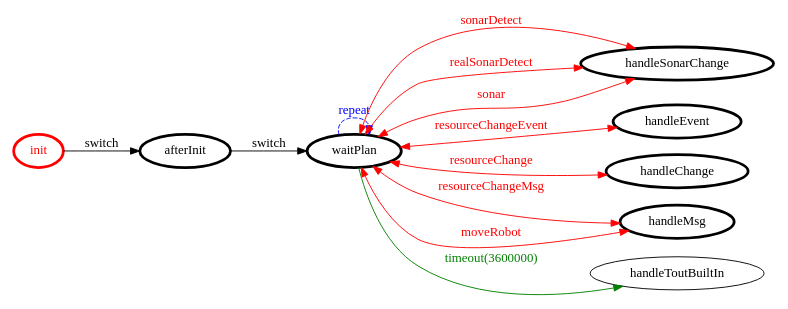
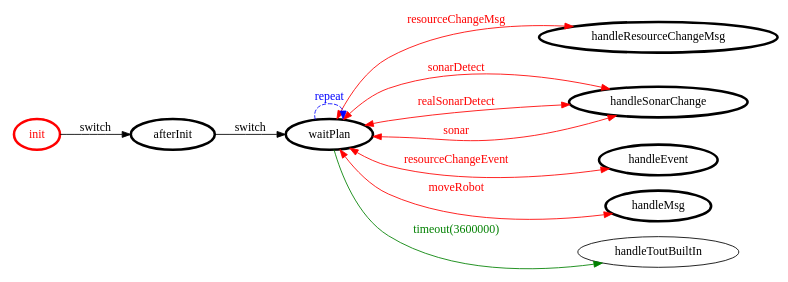
One commit to AlessandroStaffolani/robot-cleaner changed the diagram in it.unibo.project/srcMore/it/unibo/mindrobot/mindrobot.gv. Above: the diagram before and after it, drawn with Graphviz. The commit also changed 7 other files, not shown here.

```diff
--- a/it.unibo.project/srcMore/it/unibo/mindrobot/mindrobot.gv
+++ b/it.unibo.project/srcMore/it/unibo/mindrobot/mindrobot.gv
@@ -1,31 +1,30 @@
 /*
 *
 * A GraphViz DOT FSM description 
 * Please use a GraphViz visualizer (like http://www.webgraphviz.com)
 *  
 */
 
 digraph finite_state_machine {
 	rankdir=LR
 	size="8,5"
 	
 	init [ color = red ][ fontcolor = red ][ penwidth = 3 ]
+	handleResourceChangeMsg [ color = black ][ fontcolor = black ][ penwidth = 3 ]
 	waitPlan [ color = black ][ fontcolor = black ][ penwidth = 3 ]
 	handleSonarChange [ color = black ][ fontcolor = black ][ penwidth = 3 ]
 	handleEvent [ color = black ][ fontcolor = black ][ penwidth = 3 ]
-	handleChange [ color = black ][ fontcolor = black ][ penwidth = 3 ]
 	afterInit [ color = black ][ fontcolor = black ][ penwidth = 3 ]
 	handleMsg [ color = black ][ fontcolor = black ][ penwidth = 3 ]
 	
+	waitPlan -> handleResourceChangeMsg [ label = "resourceChangeMsg" ][ color = red ][ fontcolor = red ][ dir = both ]
 	waitPlan -> handleSonarChange [ label = "sonarDetect" ][ color = red ][ fontcolor = red ][ dir = both ]
-	waitPlan -> handleMsg [ label = "resourceChangeMsg" ][ color = red ][ fontcolor = red ][ dir = both ]
 	init -> afterInit [ label = "switch" ][ color = black ][ fontcolor = black ]
 	waitPlan -> handleSonarChange [ label = "realSonarDetect" ][ color = red ][ fontcolor = red ][ dir = both ]
 	afterInit -> waitPlan [ label = "switch" ][ color = black ][ fontcolor = black ]
 	waitPlan -> handleToutBuiltIn [ label = "timeout(3600000)" ][ color = green ][ fontcolor = green ]
 	waitPlan -> handleEvent [ label = "resourceChangeEvent" ][ color = red ][ fontcolor = red ][ dir = both ]
-	waitPlan -> handleChange [ label = "resourceChange" ][ color = red ][ fontcolor = red ][ dir = both ]
 	waitPlan -> handleSonarChange [ label = "sonar" ][ color = red ][ fontcolor = red ][ dir = both ]
 	waitPlan -> waitPlan [ label = "repeat "][ style = dashed ][ color = blue ][ fontcolor = blue ]
 	waitPlan -> handleMsg [ label = "moveRobot" ][ color = red ][ fontcolor = red ][ dir = both ]
 }
```
